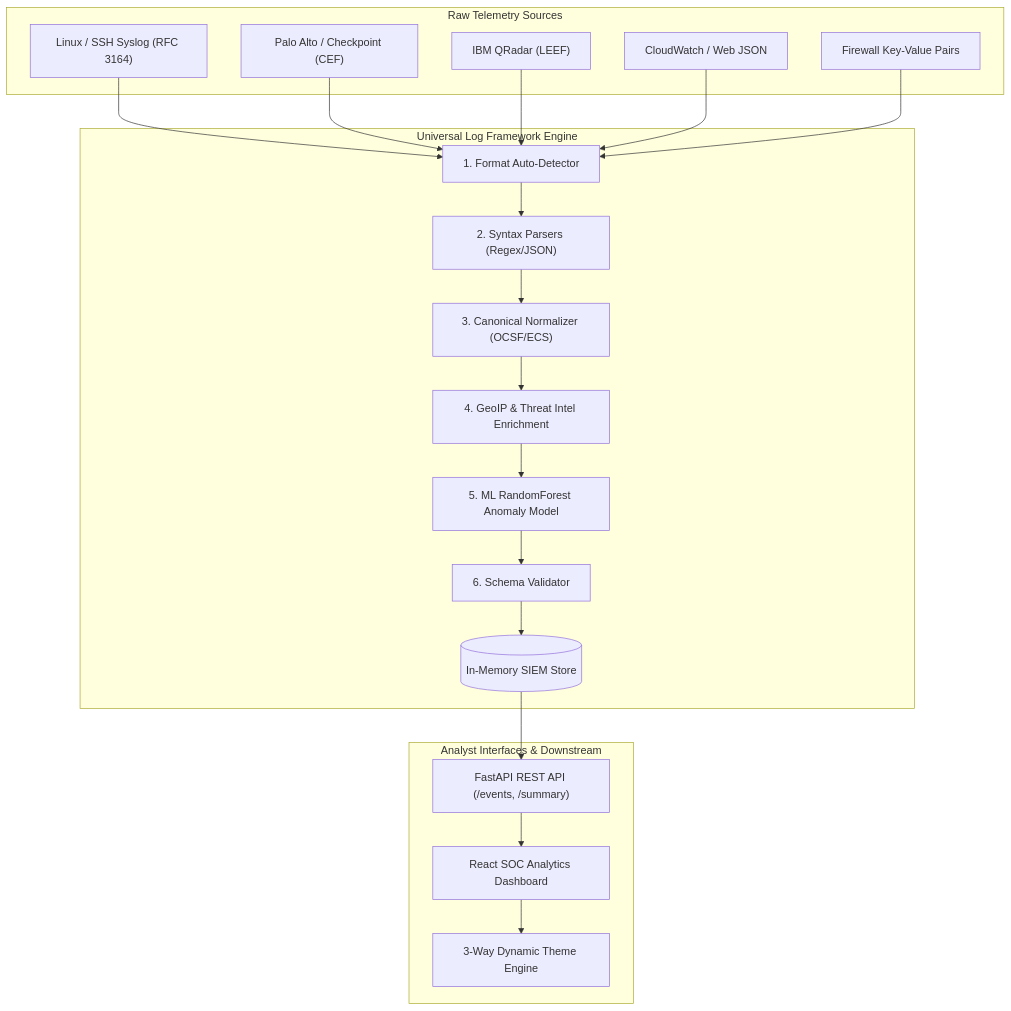
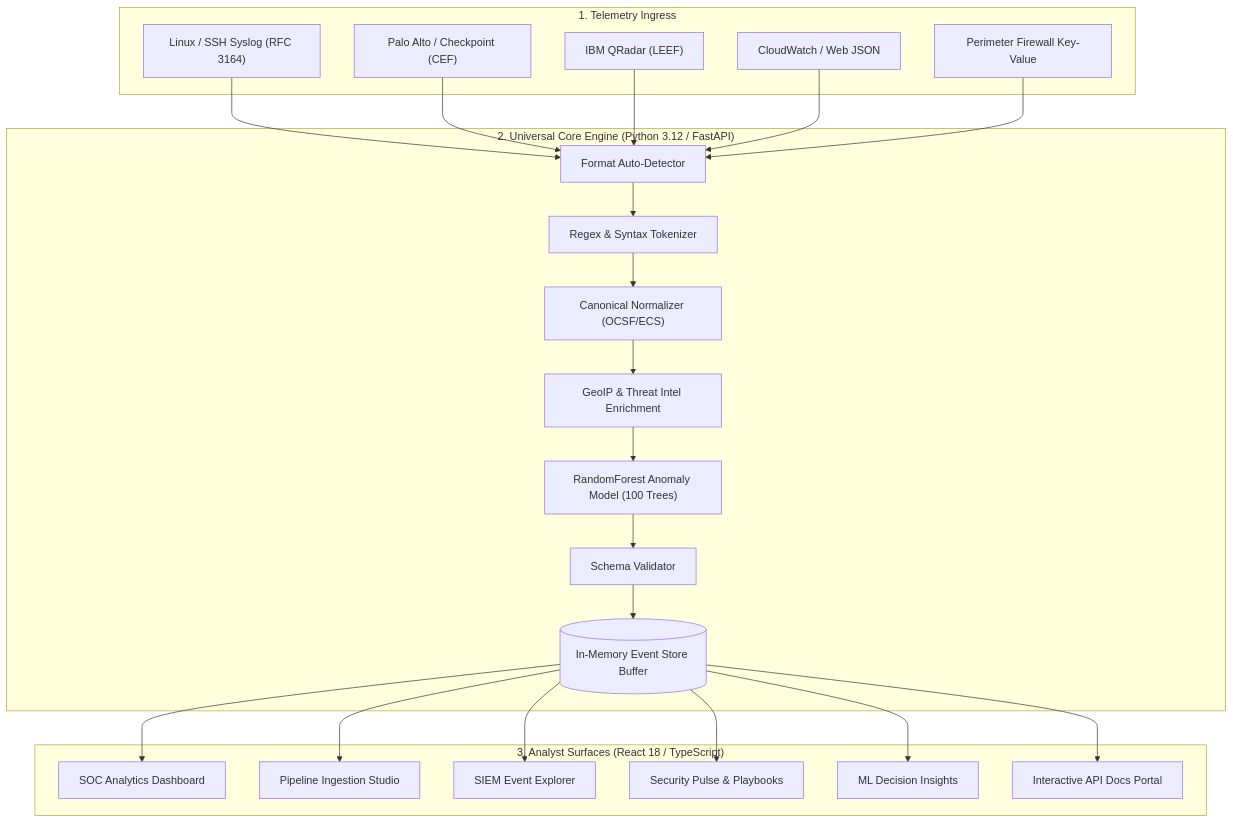
One commit to Anubhavgithub3/SIH changed the first of 3 diagrams in README.md. Above: the diagram before and after it, drawn with Mermaid. The commit also changed other lines of this file, not shown here.

Commit message:
Update README.md with detailed system architecture, Mermaid diagrams, ML model formulations, and deployment guides

````diff
--- a/README.md
+++ b/README.md
@@ -58,32 +91,33 @@
 ```mermaid
 flowchart TB
-    subgraph Sources["Raw Telemetry Sources"]
+    subgraph INGRESS["1. Telemetry Ingress"]
         S1["Linux / SSH Syslog (RFC 3164)"]
         S2["Palo Alto / Checkpoint (CEF)"]
         S3["IBM QRadar (LEEF)"]
         S4["CloudWatch / Web JSON"]
-        S5["Firewall Key-Value Pairs"]
+        S5["Perimeter Firewall Key-Value"]
     end
 
-    subgraph Core["Universal Log Framework Engine"]
-        FD["1. Format Auto-Detector"]
-        SP["2. Syntax Parsers (Regex/JSON)"]
-        CN["3. Canonical Normalizer (OCSF/ECS)"]
-        EN["4. GeoIP & Threat Intel Enrichment"]
-        ML["5. ML RandomForest Anomaly Model"]
-        VL["6. Schema Validator"]
-        ES[("In-Memory SIEM Store")]
+    subgraph ENGINE["2. Universal Core Engine (Python 3.12 / FastAPI)"]
+        FD["Format Auto-Detector"]
+        SP["Regex & Syntax Tokenizer"]
+        CN["Canonical Normalizer (OCSF/ECS)"]
+        EN["GeoIP & Threat Intel Enrichment"]
+        ML["RandomForest Anomaly Model (100 Trees)"]
+        VAL["Schema Validator"]
+        ES[("In-Memory Event Store Buffer")]
     end
 
-    subgraph Interfaces["Analyst Interfaces & Downstream"]
-        API["FastAPI REST API (/events, /summary)"]
-        UI["React SOC Analytics Dashboard"]
-        TH["3-Way Dynamic Theme Engine"]
+    subgraph SOC["3. Analyst Surfaces (React 18 / TypeScript)"]
+        DASH["SOC Analytics Dashboard"]
+        STUDIO["Pipeline Ingestion Studio"]
+        SIEM["SIEM Event Explorer"]
+        PULSE["Security Pulse & Playbooks"]
+        MLE["ML Decision Insights"]
+        APID["Interactive API Docs Portal"]
     end
 
     S1 & S2 & S3 & S4 & S5 --> FD
-    FD --> SP --> CN --> EN --> ML --> VL --> ES
-    ES --> API
-    API --> UI
-    UI --> TH
+    FD --> SP --> CN --> EN --> ML --> VAL --> ES
+    ES --> DASH & STUDIO & SIEM & PULSE & MLE & APID
 ```
````
